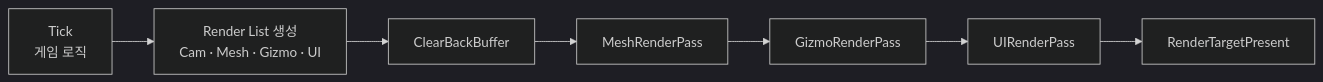
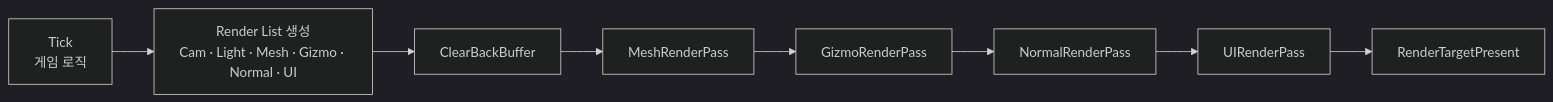
Before and after one commit to Gat-Young/ForestPearlEngine: the sixth of 12 diagrams in README.md, drawn with Mermaid (dark theme). The commit also changed other lines of this file, not shown here.

````diff
--- a/README.md
+++ b/README.md
@@ -538,9 +565,10 @@
 ```mermaid
 flowchart LR
-    T["Tick<br/>게임 로직"] --> L["Render List 생성<br/>Cam · Mesh · Gizmo · UI"]
+    T["Tick<br/>게임 로직"] --> L["Render List 생성<br/>Cam · Light · Mesh · Gizmo · Normal · UI"]
     L --> C["ClearBackBuffer"]
     C --> P1["MeshRenderPass"]
     P1 --> P2["GizmoRenderPass"]
-    P2 --> P3["UIRenderPass"]
+    P2 --> PN["NormalRenderPass"]
+    PN --> P3["UIRenderPass"]
     P3 --> PR["RenderTargetPresent"]
 ```
````
